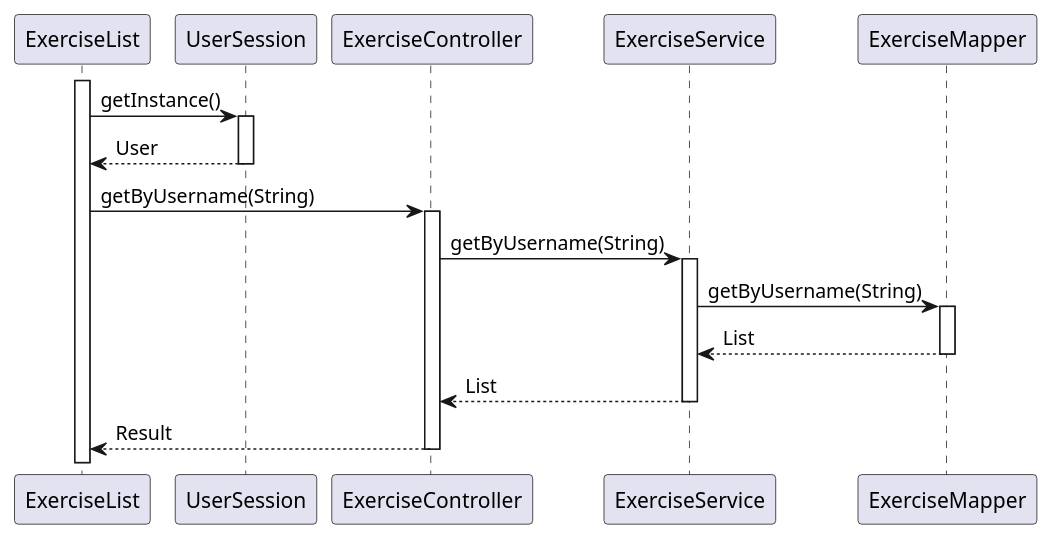
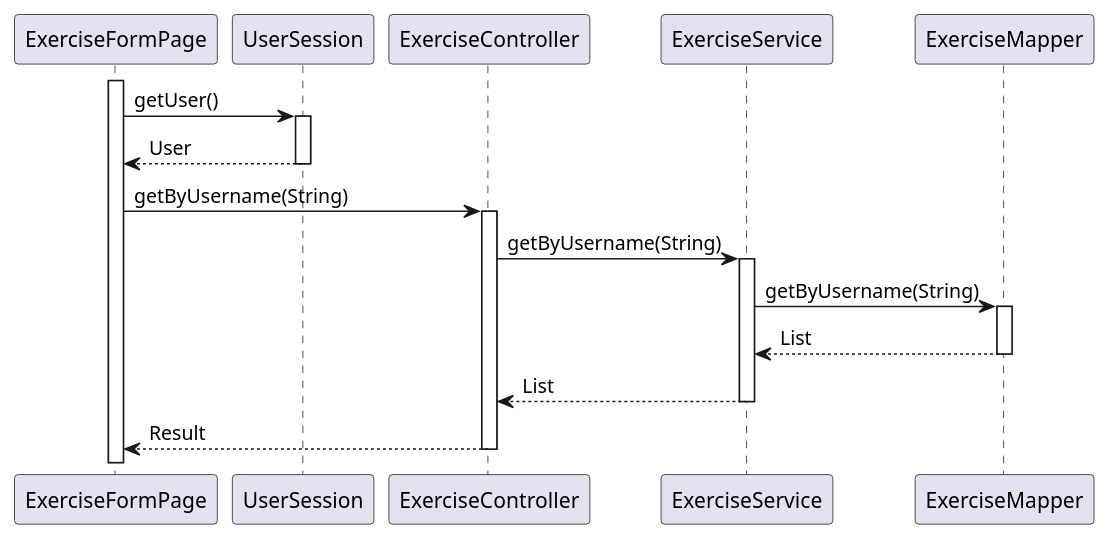
One commit to leidZhang/Nutrifit changed the diagram in doc/seq/readExercise.puml. Above: the diagram before and after it, drawn with PlantUML. The commit also changed 35 other files, not shown here.

Commit message:
sequence diagrams

```diff
--- a/doc/seq/readExercise.puml
+++ b/doc/seq/readExercise.puml
@@ -1,26 +1,26 @@
 @startuml
-activate ExerciseList
-ExerciseList -> UserSession: getInstance()
+activate ExerciseFormPage
+ExerciseFormPage -> UserSession: getUser()
 activate UserSession
 
-UserSession --> ExerciseList: User
+UserSession --> ExerciseFormPage: User
 deactivate UserSession
 
-ExerciseList -> ExerciseController: getByUsername(String)
+ExerciseFormPage -> ExerciseController: getByUsername(String)
 activate ExerciseController
 
 ExerciseController -> ExerciseService:  getByUsername(String)
 activate ExerciseService
 
 ExerciseService -> ExerciseMapper:  getByUsername(String)
 activate ExerciseMapper
 
 ExerciseMapper --> ExerciseService: List
 deactivate ExerciseMapper
 
 ExerciseService --> ExerciseController: List
 deactivate ExerciseService
 
-ExerciseController --> ExerciseList: Result
+ExerciseController --> ExerciseFormPage: Result
 deactivate ExerciseController
 @enduml
```
